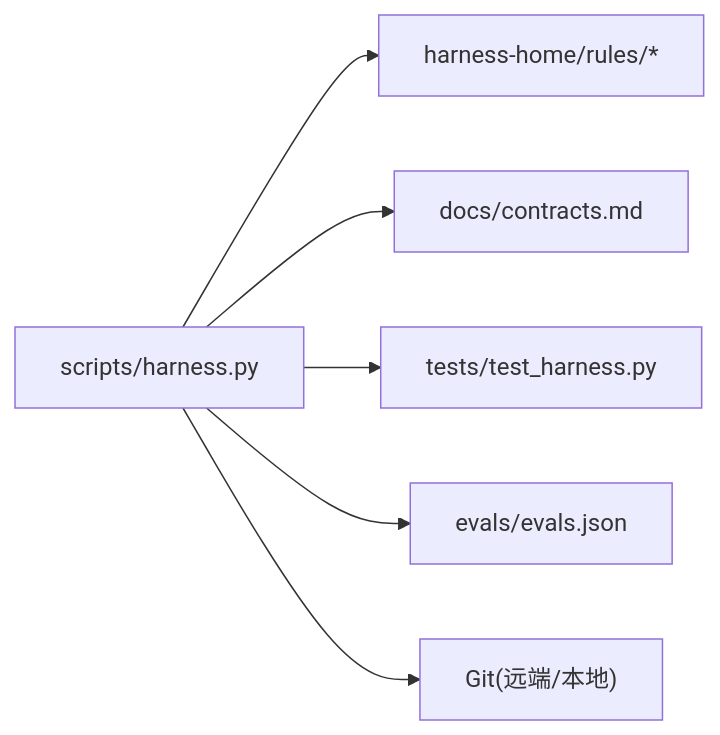
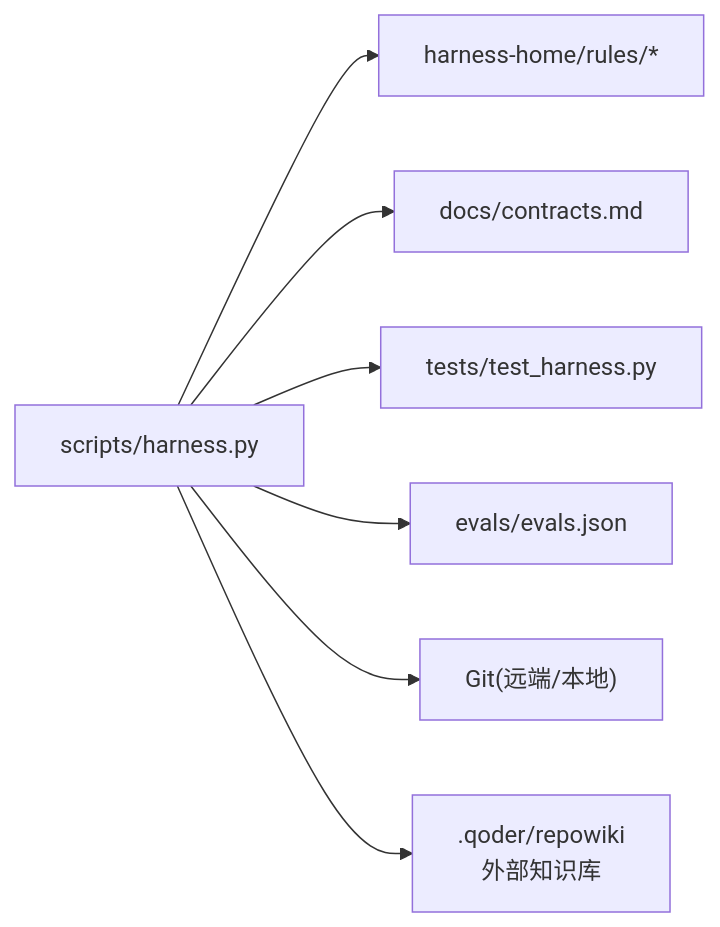
The eighth of 8 diagrams in .qoder/repowiki/zh/content/知识管理/知识管理.md (HackSing/docs-harness), drawn with Mermaid before and after one commit. The commit also changed other lines of this file and 32 other files, not shown here.

````diff
--- a/.qoder/repowiki/zh/content/知识管理/知识管理.md
+++ b/.qoder/repowiki/zh/content/知识管理/知识管理.md
@@ -257,8 +314,9 @@
 ```mermaid
 graph LR
 HARNESS["scripts/harness.py"] --> RULES["harness-home/rules/*"]
 HARNESS --> CONTRACTS["docs/contracts.md"]
 HARNESS --> TESTS["tests/test_harness.py"]
 HARNESS --> EVALS["evals/evals.json"]
 HARNESS --> GIT["Git(远端/本地)"]
+HARNESS --> REPOWIKI[".qoder/repowiki<br/>外部知识库"]
 ```
````
